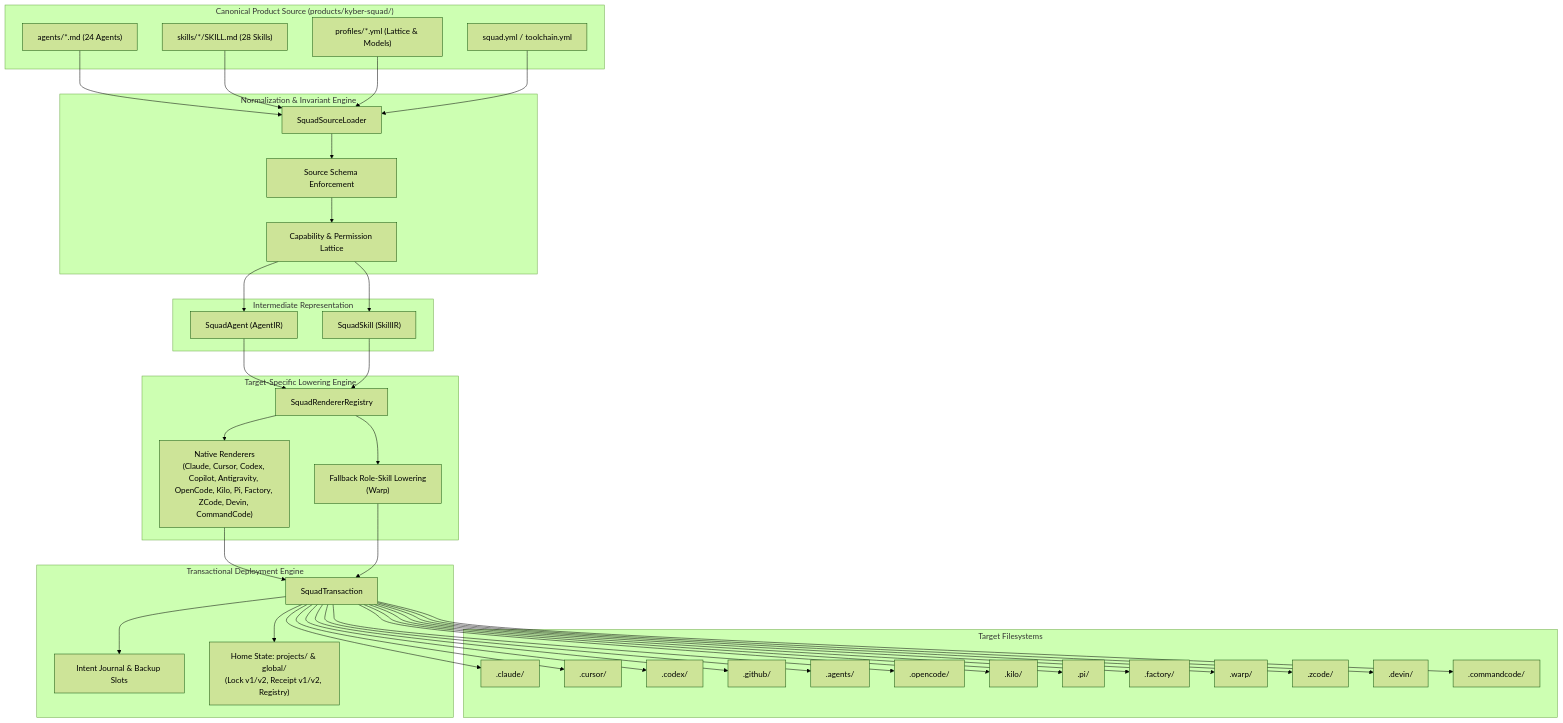
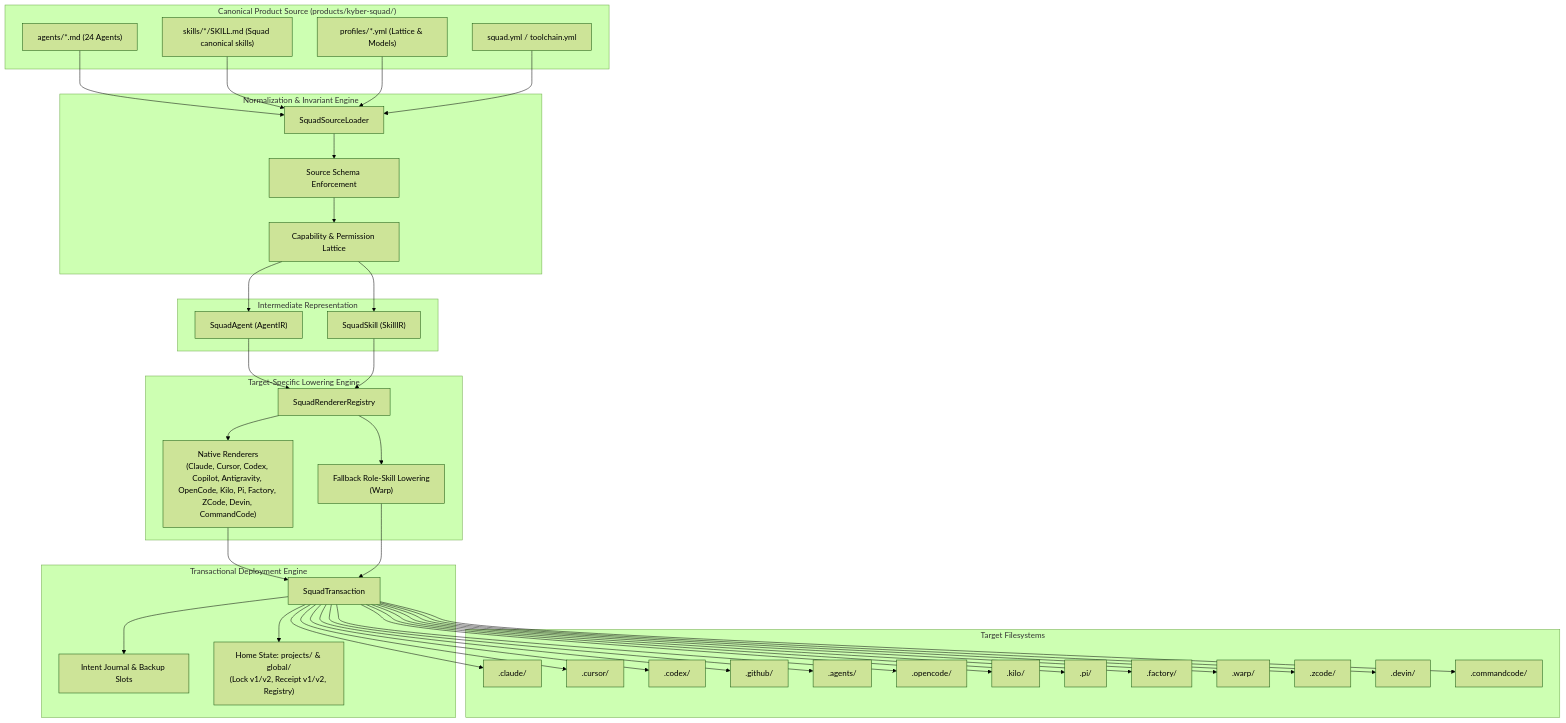
One commit to dpalfery/kyber-weave changed the first of 5 diagrams in docs/kyber-squad/architecture.md. Above: the diagram before and after it, drawn with Mermaid (forest theme). The commit also changed other lines of this file and 38 other files, not shown here.

```diff
--- a/docs/kyber-squad/architecture.md
+++ b/docs/kyber-squad/architecture.md
@@ -103,7 +103,7 @@
 flowchart TD
     subgraph Canonical["Canonical Product Source (products/kyber-squad/)"]
         Agents["agents/*.md (24 Agents)"]
-        Skills["skills/*/SKILL.md (28 Skills)"]
+        Skills["skills/*/SKILL.md (Squad canonical skills)"]
         Profiles["profiles/*.yml (Lattice & Models)"]
         Catalog["squad.yml / toolchain.yml"]
     end
```
